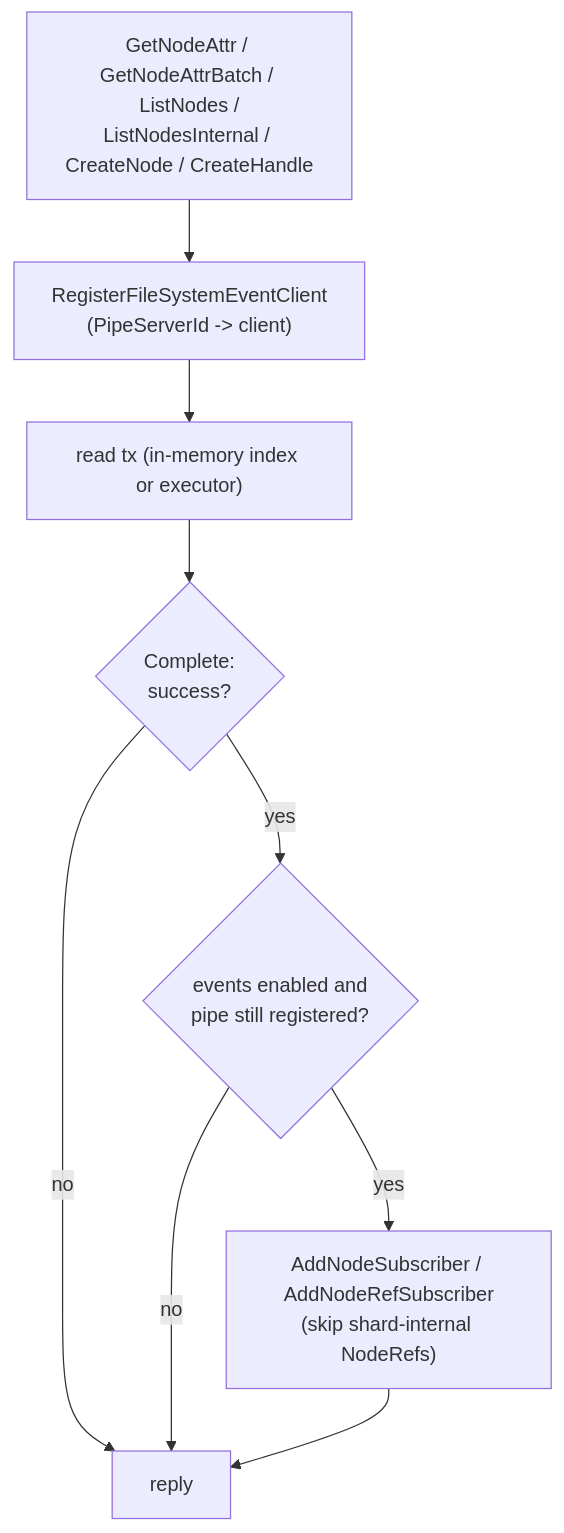
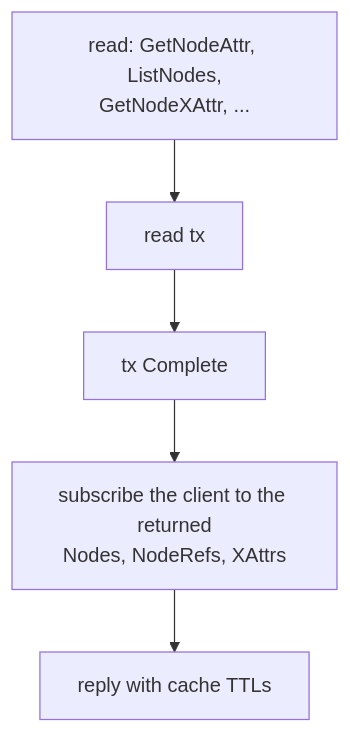
One commit to ydb-platform/nbs changed the second of 4 diagrams in doc/filestore/design/cache/filesystem_events.md. Above: the diagram before and after it, drawn with Mermaid. The commit also changed other lines of this file, not shown here.

Commit message:
issue-6874: FileSystemEvents - doc - added xattrs and cache ttl

````diff
--- a/doc/filestore/design/cache/filesystem_events.md
+++ b/doc/filestore/design/cache/filesystem_events.md
@@ -47,12 +37,7 @@
 ```mermaid
 flowchart TD
-    R["GetNodeAttr / GetNodeAttrBatch / ListNodes /<br/>ListNodesInternal / CreateNode / CreateHandle"]
-    R --> Reg["RegisterFileSystemEventClient<br/>(PipeServerId -> client)"]
-    Reg --> Tx["read tx (in-memory index or executor)"]
-    Tx --> C{"Complete:<br/>success?"}
-    C -- no --> Reply
-    C -- yes --> E{"events enabled and<br/>pipe still registered?"}
-    E -- no --> Reply
-    E -- yes --> S["AddNodeSubscriber / AddNodeRefSubscriber<br/>(skip shard-internal NodeRefs)"]
-    S --> Reply["reply"]
+    R["read: GetNodeAttr, ListNodes,<br/>GetNodeXAttr, ..."] --> Tx["read tx"]
+    Tx --> C["tx Complete"]
+    C --> S["subscribe the client to the returned<br/>Nodes, NodeRefs, XAttrs"]
+    S --> Reply["reply with cache TTLs"]
 ```
````
